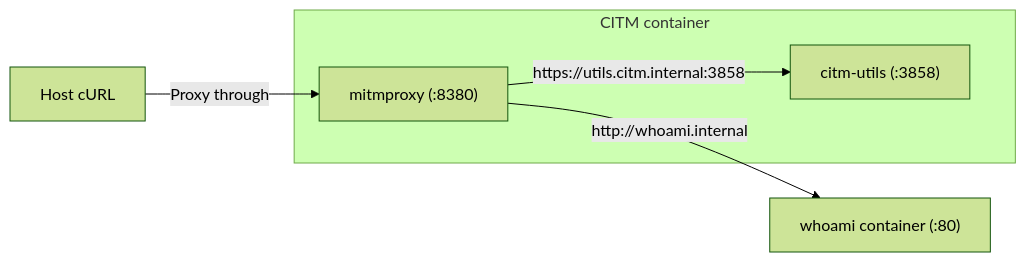
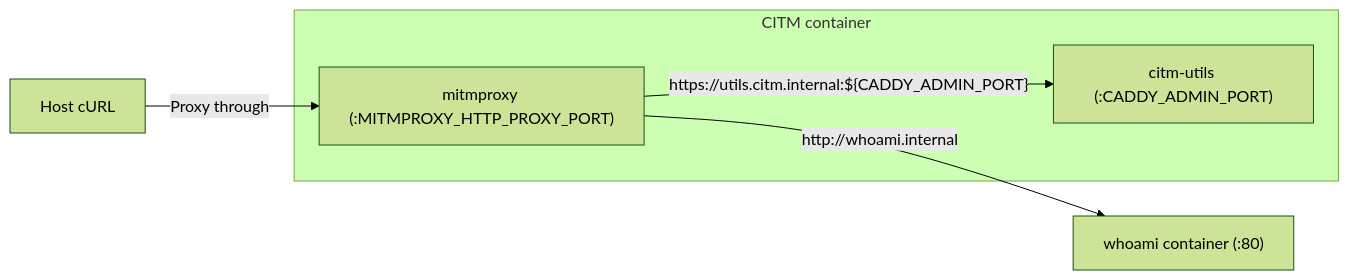
One commit to fardjad/caddy-in-the-middle changed the diagram in docs/src/tutorials/http-proxy-and-dns-forwarder.md. Above: the diagram before and after it, drawn with Mermaid (forest theme). The commit also changed other lines of this file and 27 other files, not shown here.

````diff
--- a/docs/src/tutorials/http-proxy-and-dns-forwarder.md
+++ b/docs/src/tutorials/http-proxy-and-dns-forwarder.md
@@ -33,14 +35,14 @@
 ```mermaid
 flowchart LR
     Host["Host cURL"]
     Whoami["whoami container (:80)"]
 
     subgraph CitmBox["CITM container"]
-      Proxy["mitmproxy (:8380)"]
-      Utils["citm-utils (:3858)"]
+      Proxy["mitmproxy (:MITMPROXY_HTTP_PROXY_PORT)"]
+      Utils["citm-utils (:CADDY_ADMIN_PORT)"]
     end
 
     Host -- "Proxy through" --> Proxy
-    Proxy -- "https://utils.citm.internal:3858" --> Utils
+    Proxy -- "https://utils.citm.internal:${CADDY_ADMIN_PORT}" --> Utils
     Proxy -- "http://whoami.internal" --> Whoami
 ```
````
